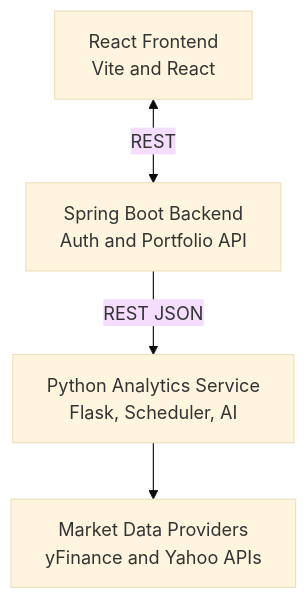
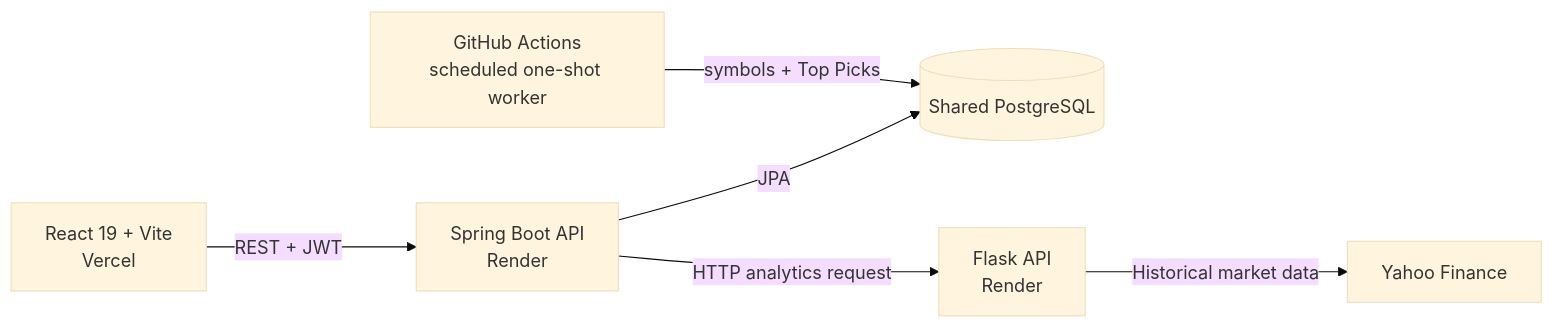
One commit to VimanshMahajan/optiwealth changed the diagram in ARCHITECTURE.md. Above: the diagram before and after it, drawn with Mermaid (base theme). The commit also changed other lines of this file and 1 other file, not shown here.

Commit message:
update ARCHITECTURE.md and RUNNING.md

````diff
--- a/ARCHITECTURE.md
+++ b/ARCHITECTURE.md
@@ -21,13 +7,8 @@
 ```mermaid
-flowchart TD
-    A["React Frontend<br/>Vite and React"]
-    B["Spring Boot Backend<br/>Auth and Portfolio API"]
-    C["Python Analytics Service<br/>Flask, Scheduler, AI"]
-    D["Market Data Providers<br/>yFinance and Yahoo APIs"]
-
-    A <--> |REST| B
-    B --> |REST JSON| C
-    C --> D
-
-
+flowchart LR
+    Browser[React 19 + Vite<br/>Vercel] -->|REST + JWT| Spring[Spring Boot API<br/>Render]
+    Spring -->|JPA| DB[(Shared PostgreSQL)]
+    Spring -->|HTTP analytics request| Flask[Flask API<br/>Render]
+    Flask -->|Historical market data| Yahoo[Yahoo Finance]
+    Actions[GitHub Actions<br/>scheduled one-shot worker] -->|symbols + Top Picks| DB
 ```
````
